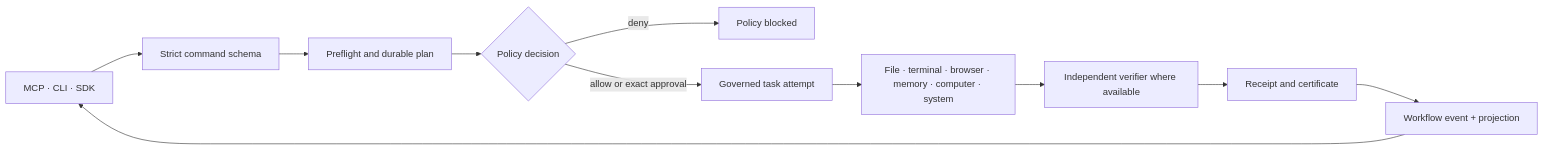
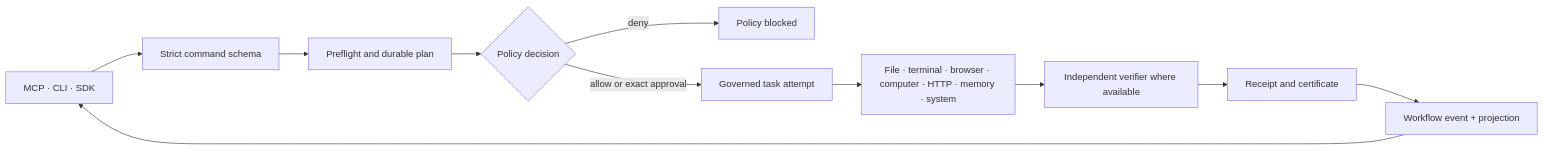
Before and after one commit to XAGI-Lab/melra: the diagram in docs/ARCHITECTURE.md, drawn with Mermaid. The commit also changed other lines of this file and 24 other files, not shown here.

````diff
--- a/docs/ARCHITECTURE.md
+++ b/docs/ARCHITECTURE.md
@@ -134,13 +136,13 @@
 ```mermaid
 flowchart LR
     Client["MCP · CLI · SDK"] --> Command["Strict command schema"]
     Command --> Plan["Preflight and durable plan"]
     Plan --> Policy{"Policy decision"}
     Policy -->|deny| Blocked["Policy blocked"]
     Policy -->|allow or exact approval| Task["Governed task attempt"]
-    Task --> Adapter["File · terminal · browser · memory · computer · system"]
+    Task --> Adapter["File · terminal · browser · computer · HTTP · memory · system"]
     Adapter --> Verify["Independent verifier where available"]
     Verify --> Evidence["Receipt and certificate"]
     Evidence --> Event["Workflow event + projection"]
     Event --> Client
 ```
````
